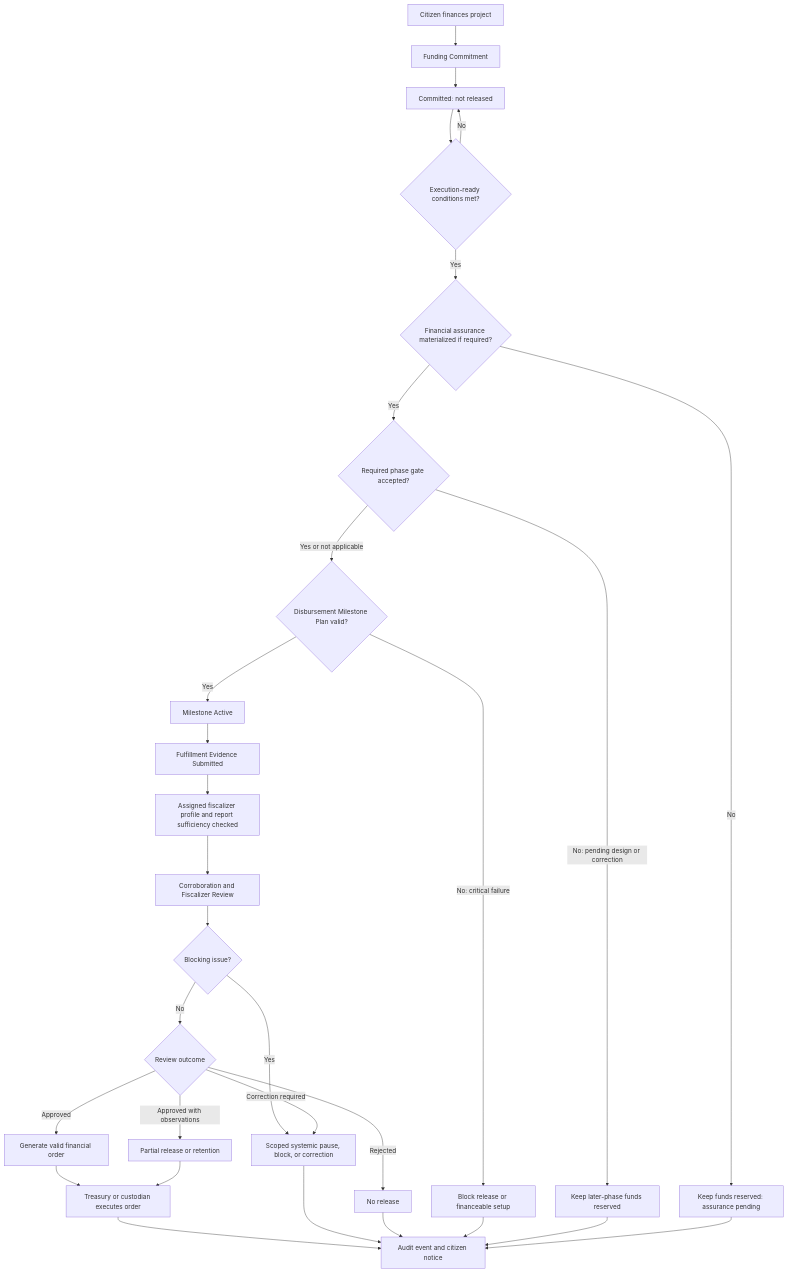
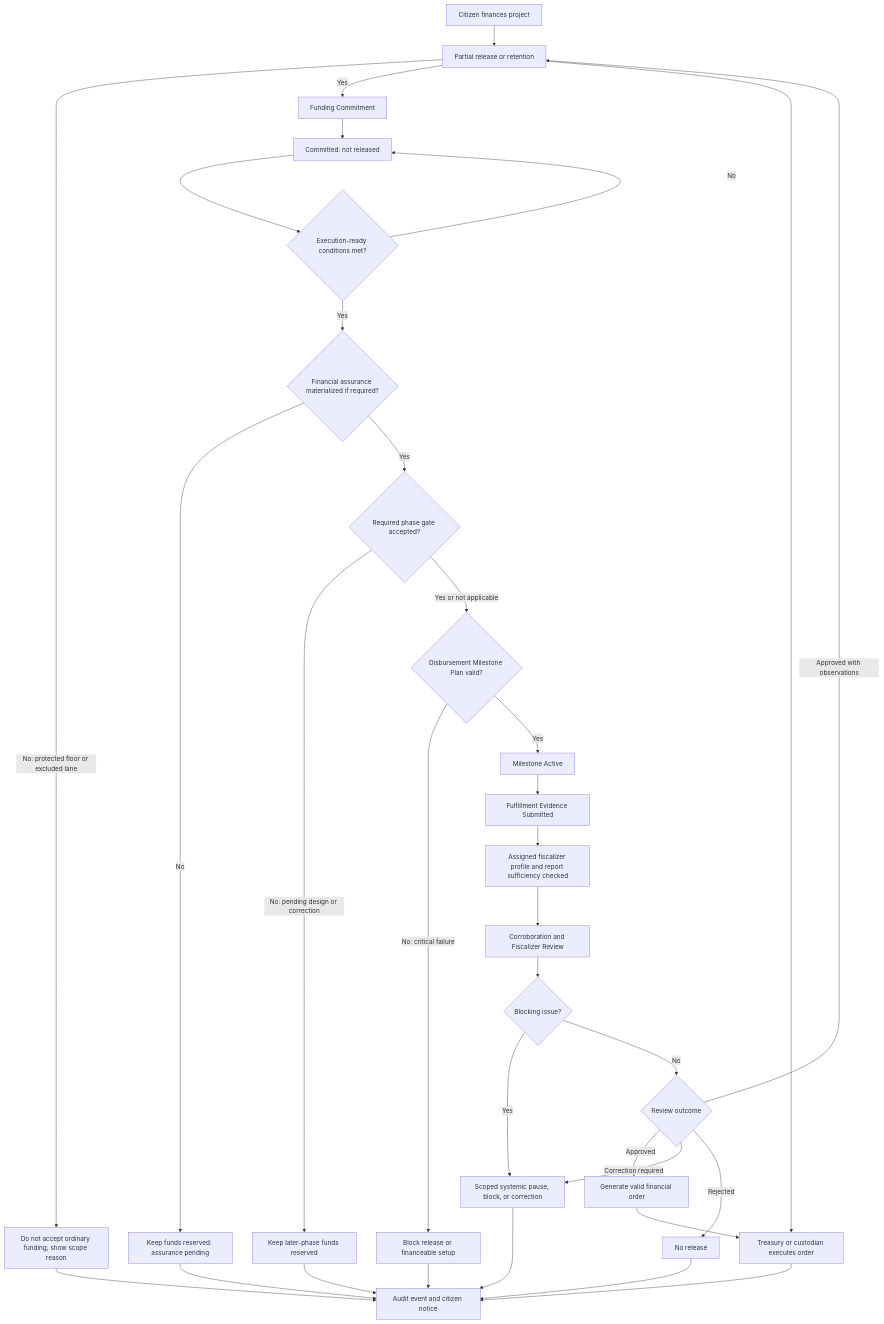
Before and after one commit to moffermann/distributed-governance-research: the diagram in docs/diagrams/v0-funding-disbursement.md, drawn with Mermaid. The commit also changed other lines of this file and 37 other files, not shown here.

````diff
--- a/docs/diagrams/v0-funding-disbursement.md
+++ b/docs/diagrams/v0-funding-disbursement.md
@@ -9,35 +9,38 @@
 ```mermaid
 flowchart TD
-    A[Citizen finances project] --> B[Funding Commitment]
+    A[Citizen finances project] --> L{Eligible assignable lane?}
+    L -->|No: protected floor or excluded lane| LN[Do not accept ordinary funding; show scope reason]
+    L -->|Yes| B[Funding Commitment]
     B --> C[Committed: not released]
     C --> D{Execution-ready conditions met?}
     D -->|No| C
     D -->|Yes| AS{Financial assurance materialized if required?}
     AS -->|No| AR[Keep funds reserved: assurance pending]
     AS -->|Yes| PG{Required phase gate accepted?}
     PG -->|No: pending design or correction| PR[Keep later-phase funds reserved]
     PG -->|Yes or not applicable| MP{Disbursement Milestone Plan valid?}
     MP -->|No: critical failure| BL[Block release or financeable setup]
     MP -->|Yes| E[Milestone Active]
 
     E --> F[Fulfillment Evidence Submitted]
     F --> FP[Assigned fiscalizer profile and report sufficiency checked]
     FP --> G[Corroboration and Fiscalizer Review]
     G --> H{Blocking issue?}
     H -->|Yes| I[Scoped systemic pause, block, or correction]
     H -->|No| J{Review outcome}
 
     J -->|Approved| K[Generate valid financial order]
     J -->|Approved with observations| L[Partial release or retention]
     J -->|Correction required| I
     J -->|Rejected| M[No release]
 
     K --> T[Treasury or custodian executes order]
     L --> T
     T --> N[Audit event and citizen notice]
     I --> N
     M --> N
     BL --> N
     PR --> N
     AR --> N
+    LN --> N
 ```
````
